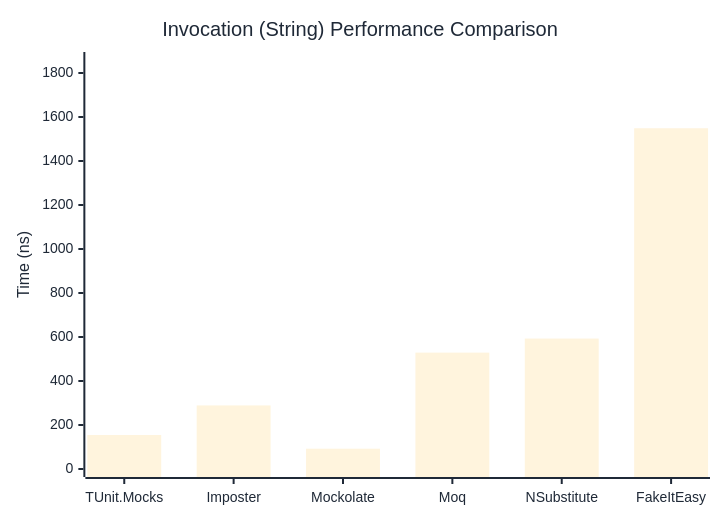
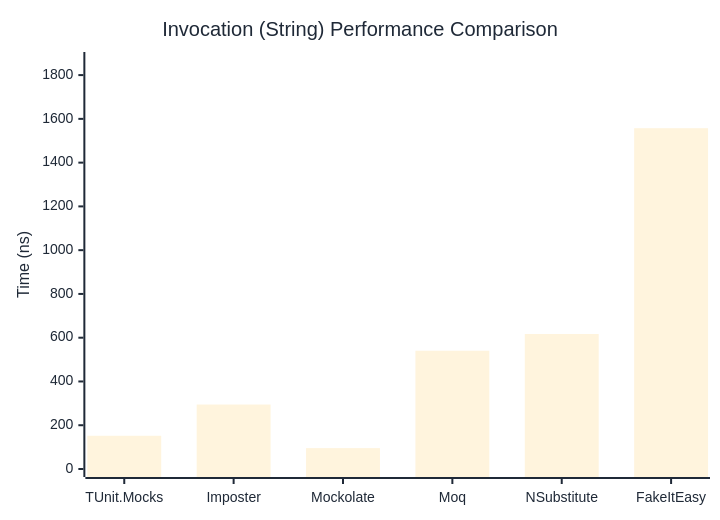
Before and after one commit to thomhurst/TUnit: the second of 3 diagrams in docs/docs/benchmarks/mocks/Invocation.md, drawn with Mermaid. The commit also changed other lines of this file and 14 other files, not shown here.

````diff
--- a/docs/docs/benchmarks/mocks/Invocation.md
+++ b/docs/docs/benchmarks/mocks/Invocation.md
@@ -69,27 +69,27 @@
 ```mermaid
 %%{init: {
   'theme':'base',
   'themeVariables': {
     'primaryColor': '#2563eb',
     'primaryTextColor': '#1f2937',
     'primaryBorderColor': '#1e40af',
     'lineColor': '#6b7280',
     'secondaryColor': '#7c3aed',
     'tertiaryColor': '#dc2626',
     'background': '#ffffff',
     'pie1': '#2563eb',
     'pie2': '#7c3aed',
     'pie3': '#dc2626',
     'pie4': '#f59e0b',
     'pie5': '#10b981',
     'pie6': '#06b6d4',
     'pie7': '#ec4899',
     'pie8': '#6366f1'
   }
 }}%%
 xychart-beta
   title "Invocation (String) Performance Comparison"
   x-axis ["TUnit.Mocks", "Imposter", "Mockolate", "Moq", "NSubstitute", "FakeItEasy"]
-  y-axis "Time (ns)" 0 --> 1859
-  bar [154.58, 288.96, 92.27, 529.01, 592.89, 1548.8]
+  y-axis "Time (ns)" 0 --> 1869
+  bar [151.9, 294.57, 95.42, 540.5, 616.85, 1557.33]
 ```
````
